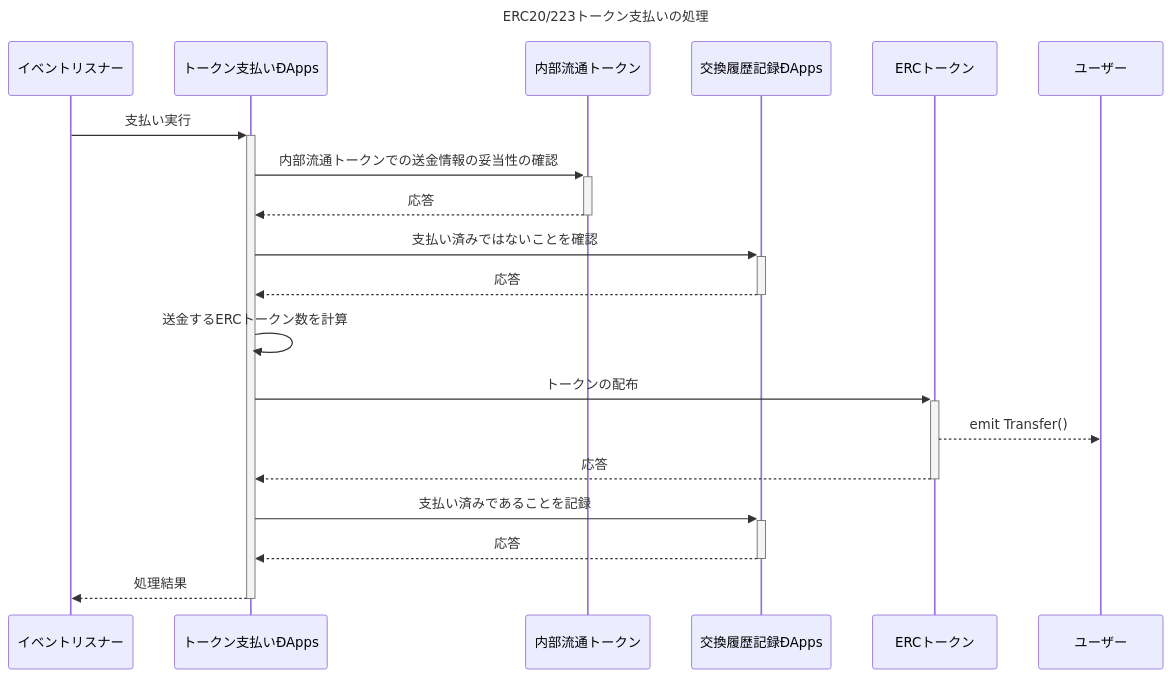
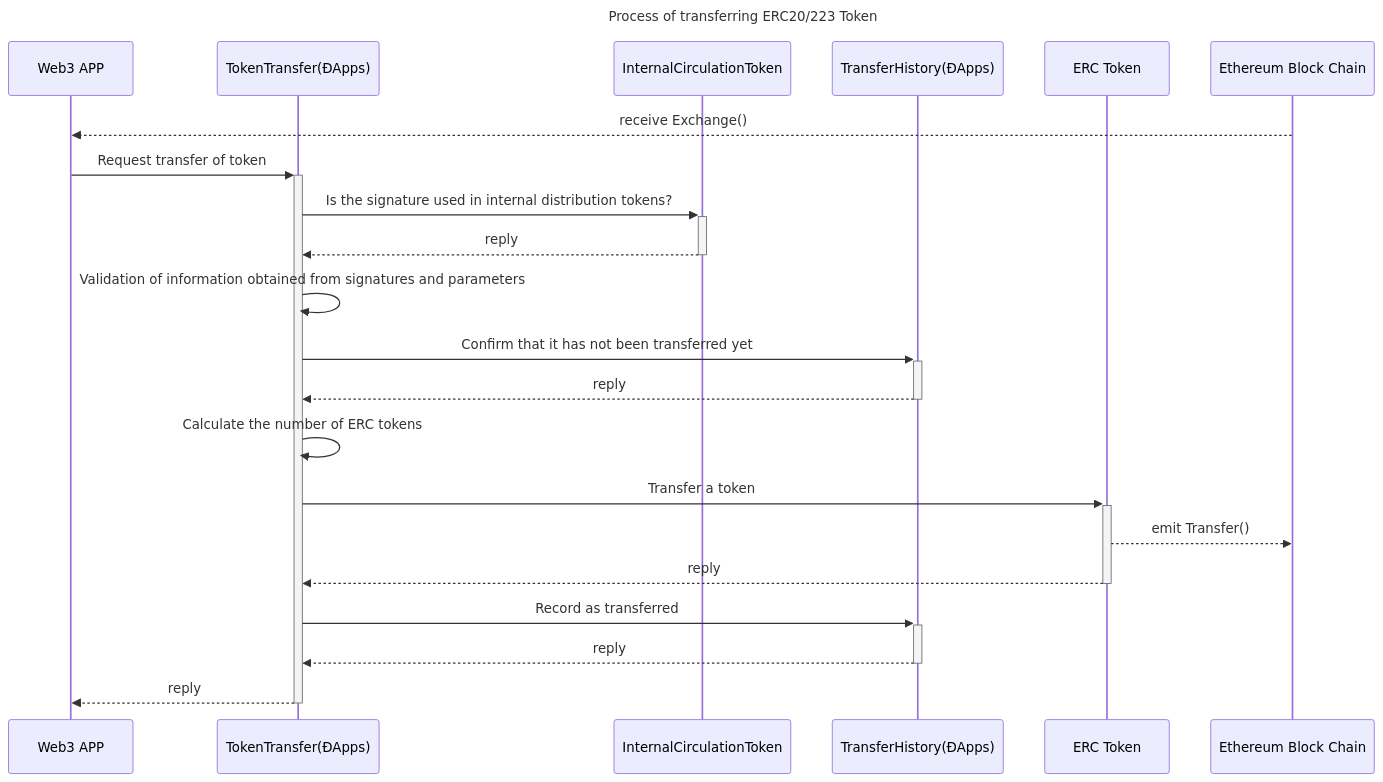
Before and after one commit to godappslab/token-transfer: the diagram in docs/sequence-diagram/token-transfer.mmd, drawn with Mermaid. The commit also changed 3 other files, not shown here.

Commit message:
Fix sequence diagram and flow chart to fit current implementation

```diff
--- a/docs/sequence-diagram/token-transfer.mmd
+++ b/docs/sequence-diagram/token-transfer.mmd
@@ -1,27 +1,31 @@
 sequenceDiagram
-Title: ERC20/223トークン支払いの処理
-participant Web3 AS イベントリスナー
-participant TransferDapps AS トークン支払いÐApps
-participant PointToken AS 内部流通トークン
-participant HistoryDapps AS 交換履歴記録ÐApps
-participant ERCToken AS ERCトークン
-participant User AS ユーザー
+Title: Process of transferring ERC20/223 Token
+participant Web3 AS Web3 APP
+participant TransferDapps AS TokenTransfer(ÐApps)
+participant PointToken AS InternalCirculationToken
+participant HistoryDapps AS TransferHistory(ÐApps)
+participant ERCToken AS ERC Token
+participant BlockChain AS Ethereum Block Chain
 
-Web3->>+TransferDapps: 支払い実行
+BlockChain-->>Web3: receive Exchange()
 
-    TransferDapps->>+PointToken: 内部流通トークンでの送金情報の妥当性の確認
-    PointToken-->>-TransferDapps: 応答
+Web3->>+TransferDapps: Request transfer of token
 
-    TransferDapps->>+HistoryDapps: 支払い済みではないことを確認
-    HistoryDapps-->>-TransferDapps: 応答
+    TransferDapps->>+PointToken: Is the signature used in internal distribution tokens?
+    PointToken-->>-TransferDapps: reply
 
-    TransferDapps->>TransferDapps: 送金するERCトークン数を計算
+    TransferDapps->>TransferDapps: Validation of information obtained from signatures and parameters
 
-    TransferDapps->>+ERCToken: トークンの配布
-    ERCToken-->>User: emit Transfer()
-    ERCToken-->>-TransferDapps: 応答
+    TransferDapps->>+HistoryDapps: Confirm that it has not been transferred yet
+    HistoryDapps-->>-TransferDapps: reply
 
-    TransferDapps->>+HistoryDapps: 支払い済みであることを記録
-    HistoryDapps-->>-TransferDapps: 応答
+    TransferDapps->>TransferDapps: Calculate the number of ERC tokens
 
-TransferDapps-->>-Web3: 処理結果
+    TransferDapps->>+ERCToken: Transfer a token
+    ERCToken-->>BlockChain: emit Transfer()
+    ERCToken-->>-TransferDapps: reply
+
+    TransferDapps->>+HistoryDapps: Record as transferred
+    HistoryDapps-->>-TransferDapps: reply
+
+TransferDapps-->>-Web3: reply
```
